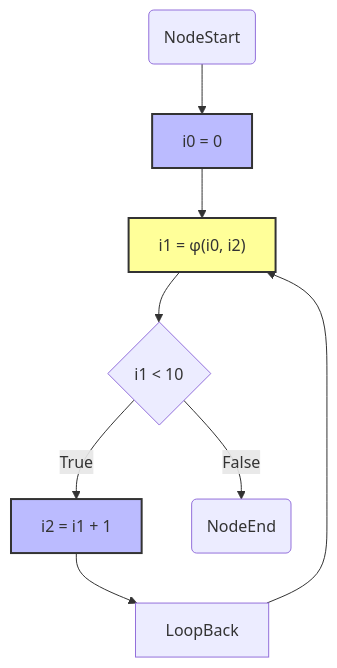
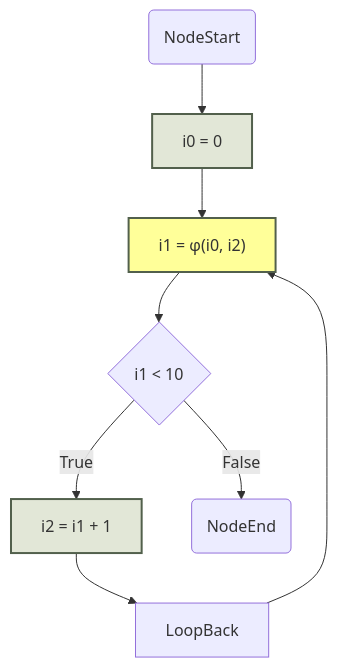
One commit to yaklang/ssa.to changed the fourth of 18 diagrams in static-analysis-guide/compile-ssa-form.mdx. Above: the diagram before and after it, drawn with Mermaid. The commit also changed other lines of this file and 91 other files, not shown here.

````diff
--- a/static-analysis-guide/compile-ssa-form.mdx
+++ b/static-analysis-guide/compile-ssa-form.mdx
@@ -279,12 +263,12 @@
 ```mermaid
 graph TD
     Start(NodeStart) --> AssignI0[ i0 = 0 ] --> MergePoint
     MergePoint["i1 = φ(i0, i2)"] --> Condition{ i1 < 10 }
     Condition -->|True| UpdateI[ i2 = i1 + 1 ] --> LoopBack
     LoopBack --> MergePoint
     Condition -->|False| End(NodeEnd)
 
-    style AssignI0 fill:#bbf,stroke:#333,stroke-width:2px
-    style MergePoint fill:#ff9,stroke:#333,stroke-width:2px
-    style UpdateI fill:#bbf,stroke:#333,stroke-width:2px
+    style AssignI0 fill:#e2e7d7,stroke:#52604c,stroke-width:2px
+    style MergePoint fill:#ff9,stroke:#52604c,stroke-width:2px
+    style UpdateI fill:#e2e7d7,stroke:#52604c,stroke-width:2px
 ```
````
